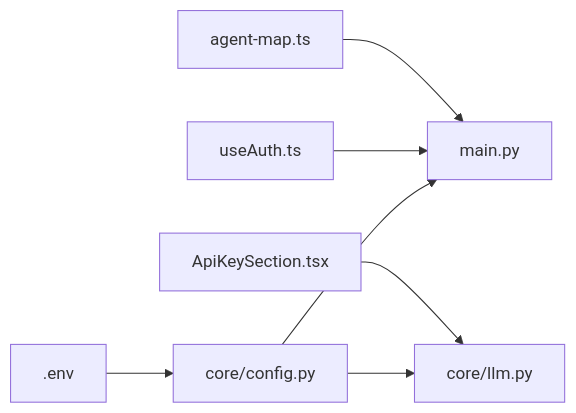
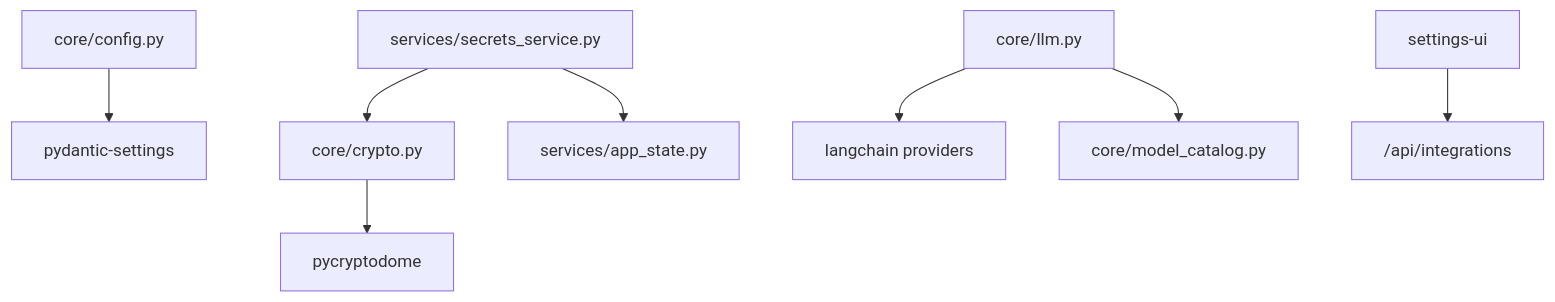
Before and after one commit to tashifkhan/tashif.codes: the sixth of 6 diagrams in src/data/docs/agentic-browser/Configuration Management.md, drawn with Mermaid. The commit also changed other lines of this file and 114 other files, not shown here.

````diff
--- a/src/data/docs/agentic-browser/Configuration Management.md
+++ b/src/data/docs/agentic-browser/Configuration Management.md
@@ -216,9 +197,10 @@
 ```mermaid
-graph LR
-DOTENV[".env"] --> CFG["core/config.py"]
-CFG --> API["main.py"]
-CFG --> LLM["core/llm.py"]
-AUTH["useAuth.ts"] --> API
-KEYUI["ApiKeySection.tsx"] --> LLM
-MAP["agent-map.ts"] --> API
+graph TB
+  CFG["core/config.py"] --> Pydantic["pydantic-settings"]
+  SEC["services/secrets_service.py"] --> Crypto["core/crypto.py"]
+  SEC --> State["services/app_state.py"]
+  Crypto --> PyCrypto["pycryptodome"]
+  LLM["core/llm.py"] --> LangChain["langchain providers"]
+  LLM --> Catalog["core/model_catalog.py"]
+  UI["settings-ui"] --> API["/api/integrations"]
 ```
````
